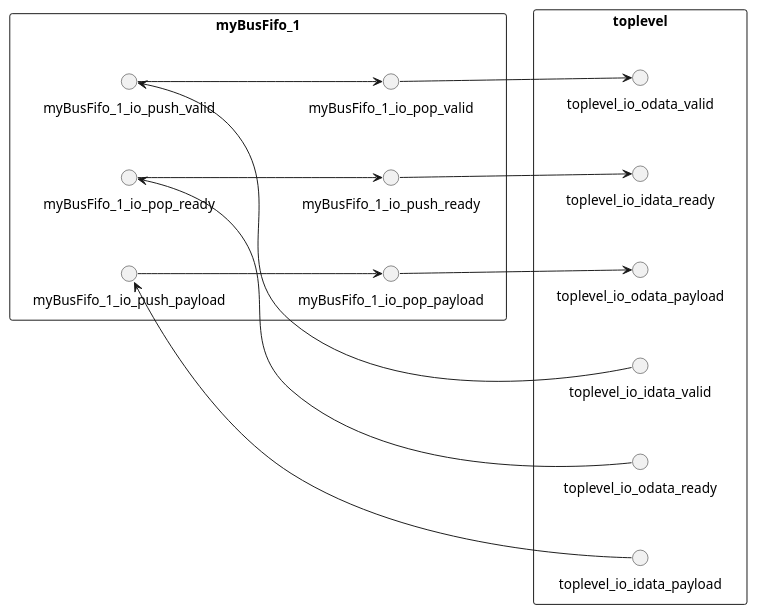
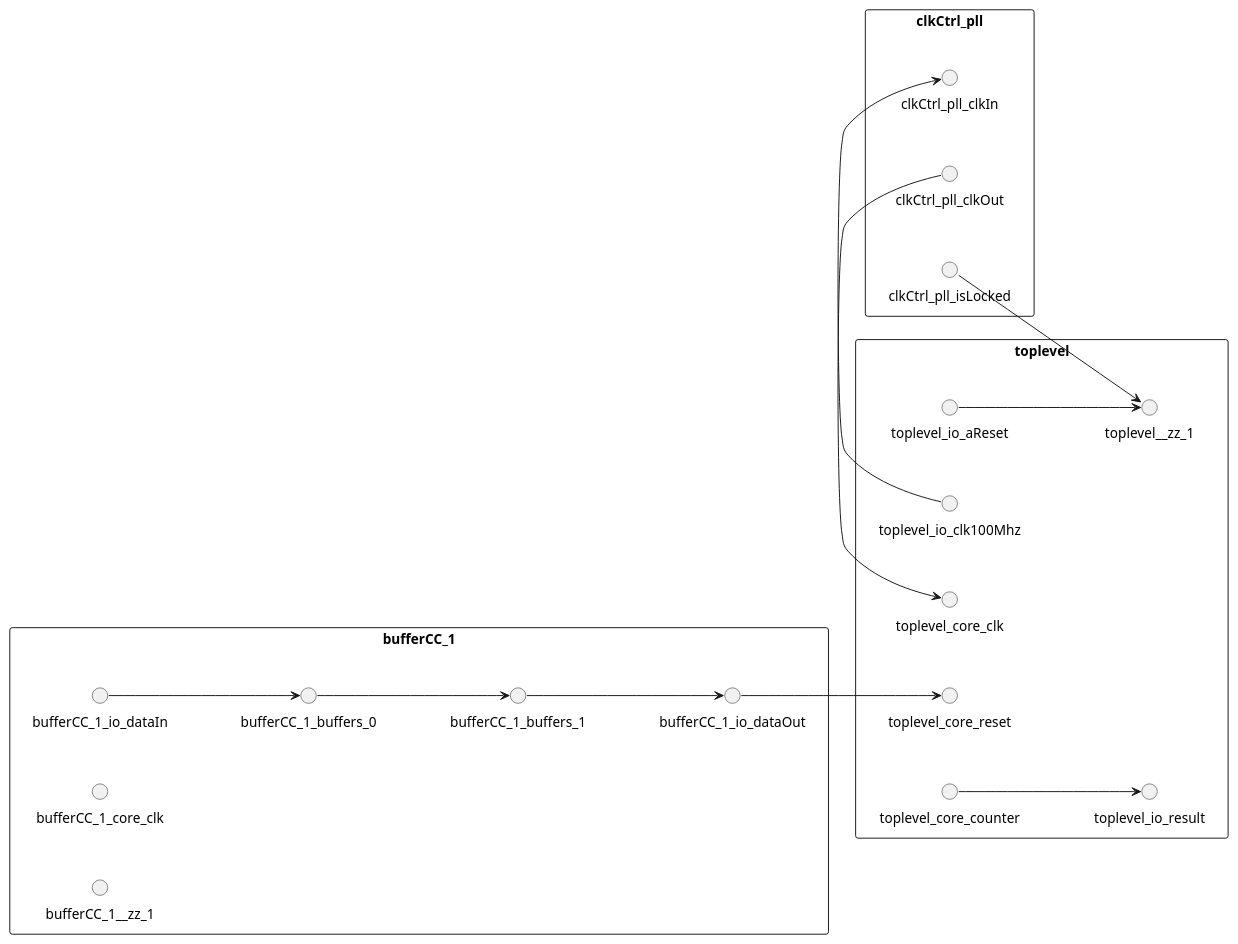
The diagram in bootcamp/mygraph.puml (ZhaokunHu/Plot_HDElk), drawn with PlantUML before and after one commit. The commit also changed 72 other files, not shown here.

```diff
--- a/bootcamp/mygraph.puml
+++ b/bootcamp/mygraph.puml
@@ -1,28 +1,34 @@
 @startuml
 left to right direction
 rectangle toplevel{
-()toplevel_io_idata_valid
-()toplevel_io_idata_ready
-()toplevel_io_idata_payload
-()toplevel_io_odata_valid
-()toplevel_io_odata_ready
-()toplevel_io_odata_payload
+()toplevel_io_aReset
+()toplevel_io_clk100Mhz
+()toplevel_io_result
+()toplevel_core_clk
+()toplevel_core_reset
+()toplevel__zz_1
+()toplevel_core_counter
 }
-rectangle myBusFifo_1{
-()myBusFifo_1_io_push_valid
-()myBusFifo_1_io_push_ready
-()myBusFifo_1_io_push_payload
-()myBusFifo_1_io_pop_valid
-()myBusFifo_1_io_pop_ready
-()myBusFifo_1_io_pop_payload
+rectangle clkCtrl_pll{
+()clkCtrl_pll_clkIn
+()clkCtrl_pll_clkOut
+()clkCtrl_pll_isLocked
 }
-myBusFifo_1_io_push_ready-->toplevel_io_idata_ready
-myBusFifo_1_io_pop_valid-->toplevel_io_odata_valid
-myBusFifo_1_io_pop_payload-->toplevel_io_odata_payload
-toplevel_io_idata_valid-->myBusFifo_1_io_push_valid
-myBusFifo_1_io_pop_ready-->myBusFifo_1_io_push_ready
-toplevel_io_idata_payload-->myBusFifo_1_io_push_payload
-myBusFifo_1_io_push_valid-->myBusFifo_1_io_pop_valid
-toplevel_io_odata_ready-->myBusFifo_1_io_pop_ready
-myBusFifo_1_io_push_payload-->myBusFifo_1_io_pop_payload
+rectangle bufferCC_1{
+()bufferCC_1_io_dataIn
+()bufferCC_1_io_dataOut
+()bufferCC_1_buffers_0
+()bufferCC_1_buffers_1
+()bufferCC_1_core_clk
+()bufferCC_1__zz_1
+}
+toplevel_core_counter-->toplevel_io_result
+clkCtrl_pll_clkOut-->toplevel_core_clk
+bufferCC_1_io_dataOut-->toplevel_core_reset
+toplevel_io_aReset-->toplevel__zz_1
+clkCtrl_pll_isLocked-->toplevel__zz_1
+toplevel_io_clk100Mhz-->clkCtrl_pll_clkIn
+bufferCC_1_buffers_1-->bufferCC_1_io_dataOut
+bufferCC_1_io_dataIn-->bufferCC_1_buffers_0
+bufferCC_1_buffers_0-->bufferCC_1_buffers_1
 @enduml
```
